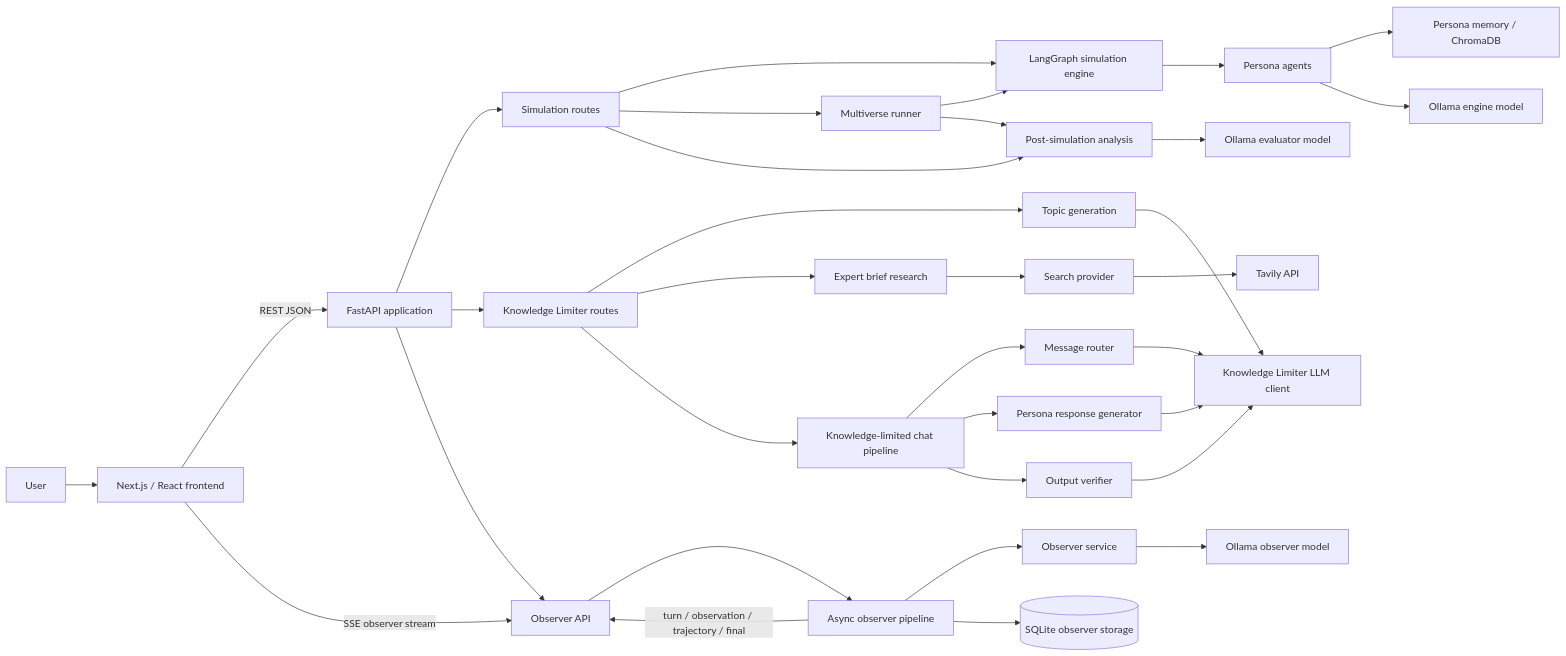
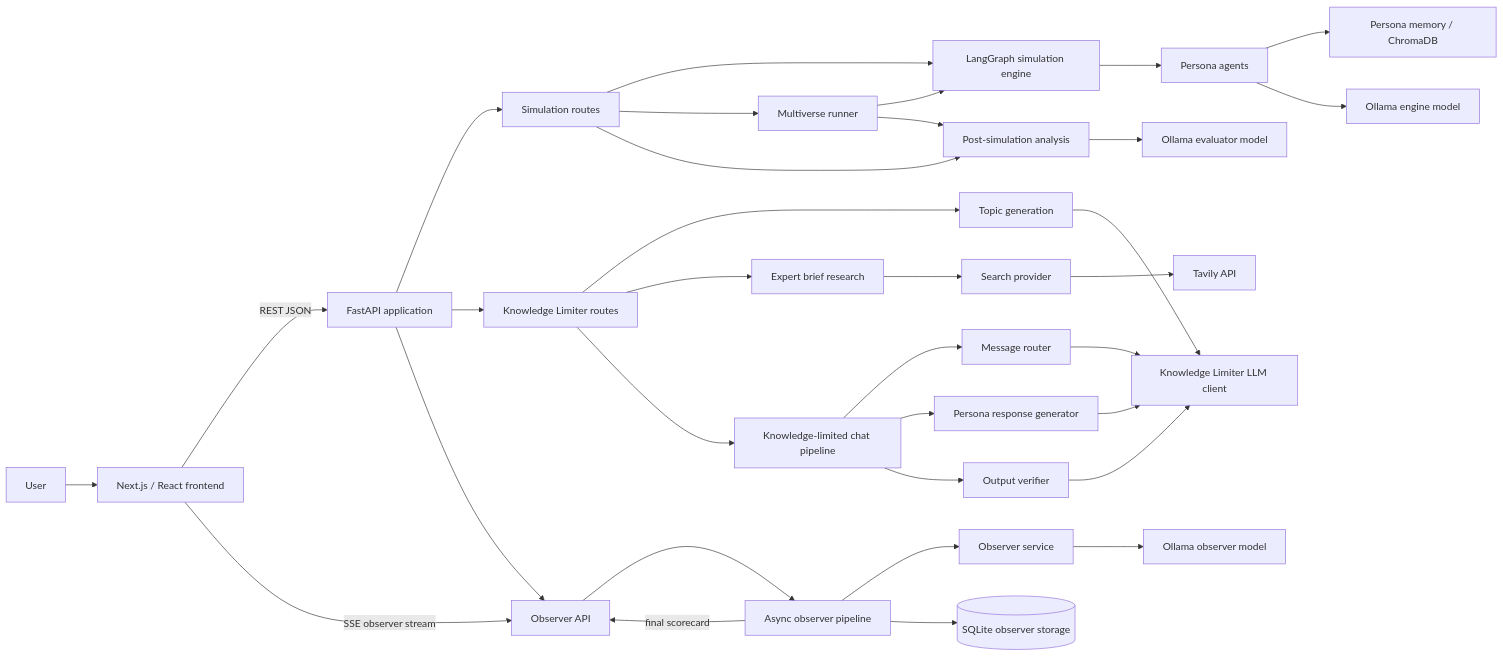
Before and after one commit to abhijay029/Human-Life-Scenario-Simulator: the first of 6 diagrams in PROJECT_ARCHITECTURE.md, drawn with Mermaid. The commit also changed other lines of this file and 19 other files, not shown here.

````diff
--- a/PROJECT_ARCHITECTURE.md
+++ b/PROJECT_ARCHITECTURE.md
@@ -7,41 +7,41 @@
 ```mermaid
 flowchart LR
     User[User] --> UI[Next.js / React frontend]
 
     UI -->|REST JSON| API[FastAPI application]
     UI -->|SSE observer stream| ObserverAPI[Observer API]
 
     API --> SimulationAPI[Simulation routes]
     API --> KLAPI[Knowledge Limiter routes]
     API --> ObserverAPI
 
     SimulationAPI --> Engine[LangGraph simulation engine]
     SimulationAPI --> Multiverse[Multiverse runner]
     SimulationAPI --> LegacyObserver[Post-simulation analysis]
 
     Engine --> PersonaAgents[Persona agents]
     PersonaAgents --> Memory[Persona memory / ChromaDB]
     PersonaAgents --> EngineLLM[Ollama engine model]
     Multiverse --> Engine
     Multiverse --> LegacyObserver
     LegacyObserver --> EvaluatorLLM[Ollama evaluator model]
 
     KLAPI --> TopicGen[Topic generation]
     KLAPI --> Research[Expert brief research]
     KLAPI --> KLChat[Knowledge-limited chat pipeline]
     TopicGen --> KLClient[Knowledge Limiter LLM client]
     Research --> Search[Search provider]
     Search --> Tavily[Tavily API]
     KLChat --> Router[Message router]
     KLChat --> Generator[Persona response generator]
     KLChat --> Verifier[Output verifier]
     Router --> KLClient
     Generator --> KLClient
     Verifier --> KLClient
 
     ObserverAPI --> Pipeline[Async observer pipeline]
     Pipeline --> Observer[Observer service]
     Observer --> ObserverLLM[Ollama observer model]
     Pipeline --> SQLite[(SQLite observer storage)]
-    Pipeline -->|turn / observation / trajectory / final| ObserverAPI
+    Pipeline -->|final scorecard| ObserverAPI
 ```
````
